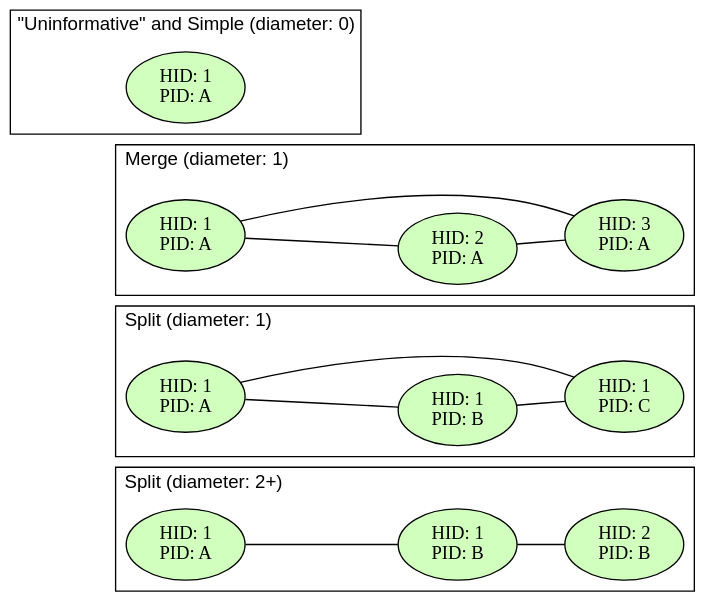
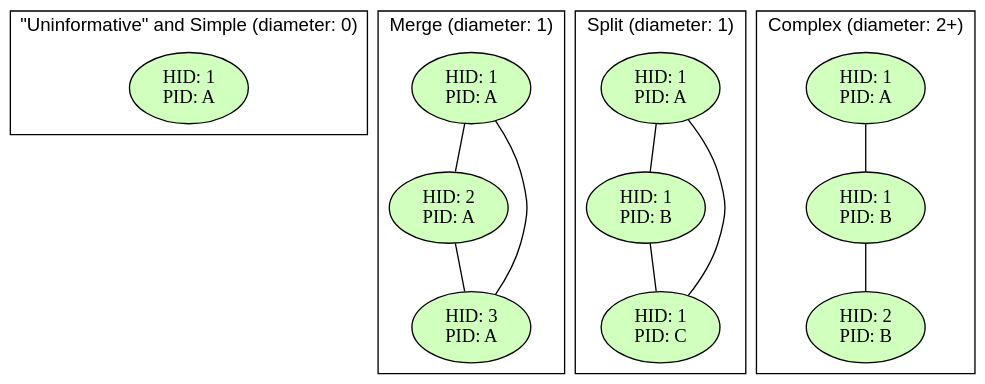
The fourth of 4 diagrams in presentation.qmd (tony-stone/linkage-methodology-impact-ons), drawn with Graphviz before and after one commit. The commit also changed other lines of this file, not shown here.

Commit message:
Alt conceptulisation slide (#3)
* Added alternative conceptualisation slide

* Improved alt graph and add info on removed records

````diff
--- a/presentation.qmd
+++ b/presentation.qmd
@@ -323,54 +323,50 @@
 ```{dot}
-//| fig-width: 4
 
 graph {
-  rankdir="LR";
+  rankdir="TB";
   labeljust=l
   labelloc = t;
   fontname = "Helvetica,Arial,sans-serif";
   bgcolor = "transparent";
   node [shape = oval, style = filled, labeljust=c, fillcolor = "#d1ffbd"];
   
+  subgraph cluster_uninformative_simple {
+    label="\"Uninformative\" and Simple (diameter: 0) "
+    
+    r1 [label = "HID: 1\nPID: A"]
+  }
   
-  subgraph cluster_complex {
-    label="Split (diameter: 2+)"
-  
-    r8 [label = "HID: 1\nPID: A"]
-    r9 [label = "HID: 1\nPID: B"]
-    r10 [label = "HID: 2\nPID: B"]
+  subgraph cluster_merge {
+    label="Merge (diameter: 1) "
     
-    r8 -- r9
-    r9 -- r10
+    r2 [label = "HID: 1\nPID: A"]
+    r3 [label = "HID: 2\nPID: A"]
+    r4 [label = "HID: 3\nPID: A"]
+    
+    r2 -- {r3 r4}
+    r3 -- r4
   }
   
   subgraph cluster_split {
-    label="Split (diameter: 1)"
+    label="Split (diameter: 1) "
   
     r5 [label = "HID: 1\nPID: A"]
     r6 [label = "HID: 1\nPID: B"]
     r7 [label = "HID: 1\nPID: C"]
     
     r5 -- {r6 r7}
     r6 -- r7
   }
   
+  subgraph cluster_complex {
+    label="Complex (diameter: 2+) "
   
-  subgraph cluster_merge {
-    label="Merge (diameter: 1)"
+    r8 [label = "HID: 1\nPID: A"]
+    r9 [label = "HID: 1\nPID: B"]
+    r10 [label = "HID: 2\nPID: B"]
     
-    r2 [label = "HID: 1\nPID: A"]
-    r3 [label = "HID: 2\nPID: A"]
-    r4 [label = "HID: 3\nPID: A"]
-    
-    r2 -- {r3 r4}
-    r3 -- r4
+    r8 -- r9
+    r9 -- r10
   }
-  
-  subgraph cluster_uninformative_simple {
-    label="\"Uninformative\" and Simple (diameter: 0)"
-    
-    r1 [label = "HID: 1\nPID: A"]
-  }
-
 }
 ```
````
